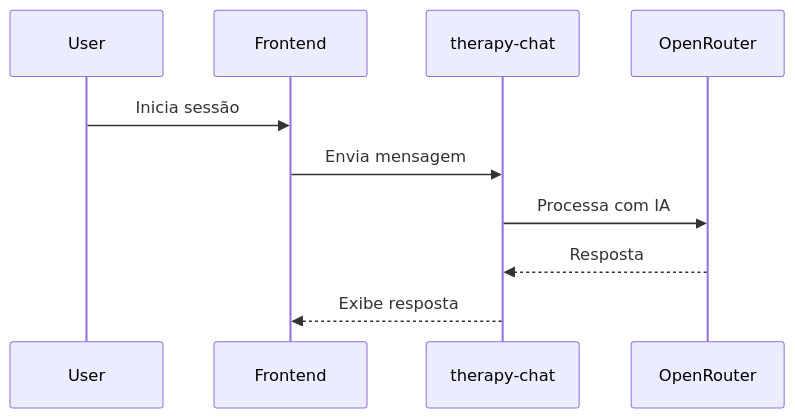
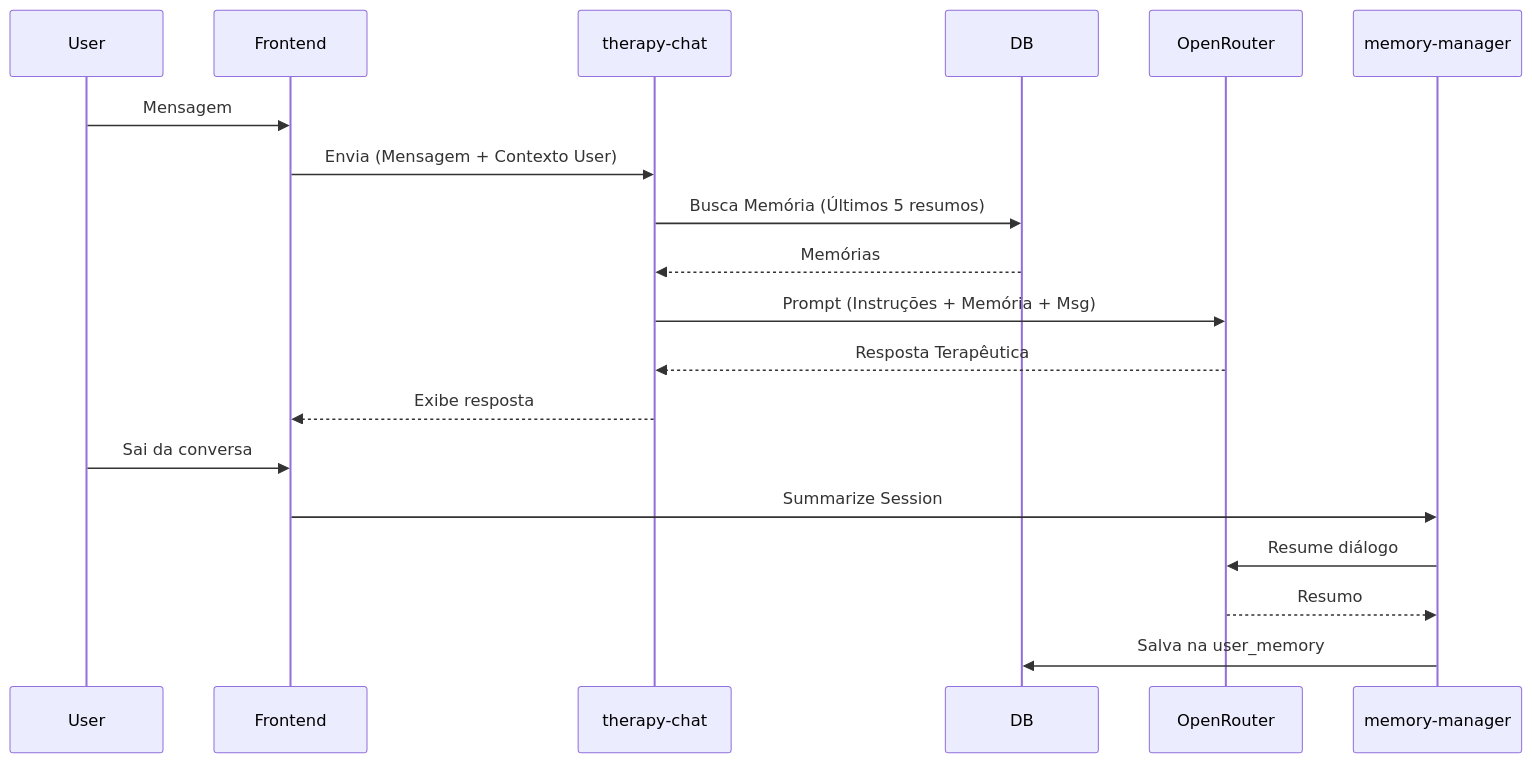
Before and after one commit to bortolidiego/terapeuta-ia-23: the first of 3 diagrams in docs/ARCHITECTURE.md, drawn with Mermaid. The commit also changed other lines of this file and 5 other files, not shown here.

````diff
--- a/docs/ARCHITECTURE.md
+++ b/docs/ARCHITECTURE.md
@@ -47,8 +47,15 @@
 ```mermaid
 sequenceDiagram
-    User->>Frontend: Inicia sessão
-    Frontend->>therapy-chat: Envia mensagem
-    therapy-chat->>OpenRouter: Processa com IA
-    OpenRouter-->>therapy-chat: Resposta
+    User->>Frontend: Mensagem
+    Frontend->>therapy-chat: Envia (Mensagem + Contexto User)
+    therapy-chat->>DB: Busca Memória (Últimos 5 resumos)
+    DB-->>therapy-chat: Memórias
+    therapy-chat->>OpenRouter: Prompt (Instruções + Memória + Msg)
+    OpenRouter-->>therapy-chat: Resposta Terapêutica
     therapy-chat-->>Frontend: Exibe resposta
+    User->>Frontend: Sai da conversa
+    Frontend->>memory-manager: Summarize Session
+    memory-manager->>OpenRouter: Resume diálogo
+    OpenRouter-->>memory-manager: Resumo
+    memory-manager->>DB: Salva na user_memory
 ```
````
